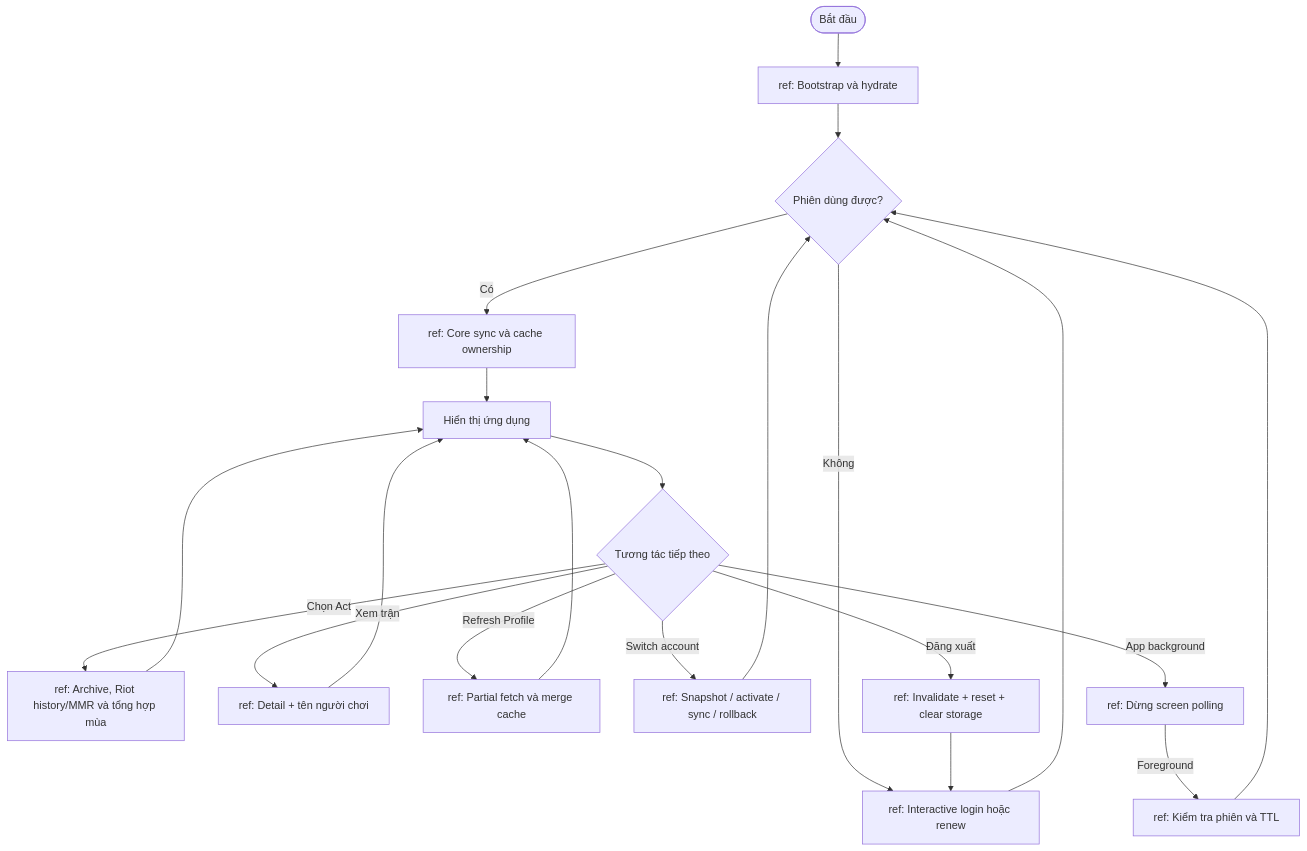
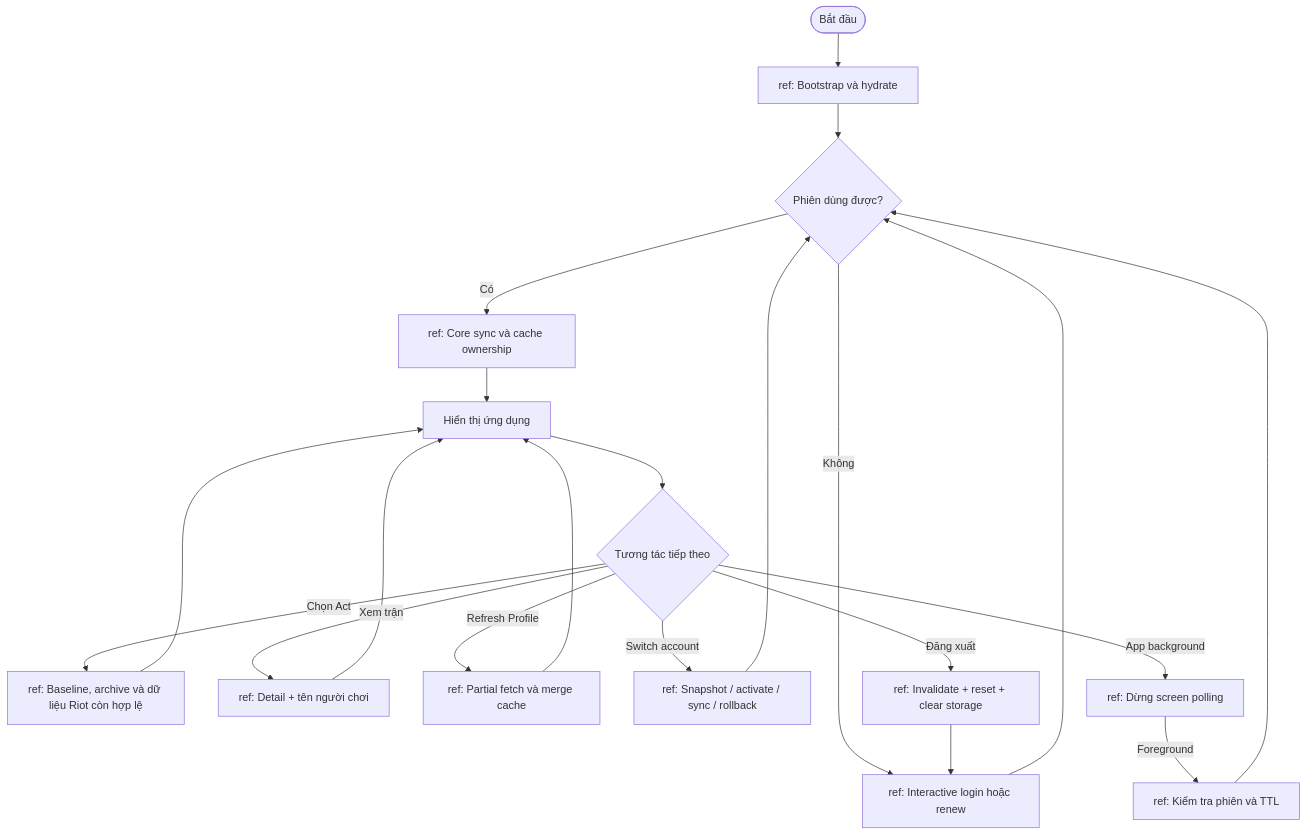
Before and after one commit to GinzaTech/Vshop: the diagram in markdown/16-interaction-overview.md, drawn with Mermaid. The commit also changed other lines of this file and 95 other files, not shown here.

````diff
--- a/markdown/16-interaction-overview.md
+++ b/markdown/16-interaction-overview.md
@@ -6,23 +6,23 @@
 ```mermaid
 flowchart TD
     A([Bắt đầu]) --> B[ref: Bootstrap và hydrate]
     B --> C{Phiên dùng được?}
     C -- Không --> D[ref: Interactive login hoặc renew]
     D --> C
     C -- Có --> E[ref: Core sync và cache ownership]
     E --> F[Hiển thị ứng dụng]
     F --> G{Tương tác tiếp theo}
-    G -- Chọn Act --> H[ref: Archive, Riot history/MMR và tổng hợp mùa]
+    G -- Chọn Act --> H[ref: Baseline, archive và dữ liệu Riot còn hợp lệ]
     G -- Xem trận --> I[ref: Detail + tên người chơi]
     G -- Refresh Profile --> J[ref: Partial fetch và merge cache]
     G -- Switch account --> K[ref: Snapshot / activate / sync / rollback]
     G -- Đăng xuất --> L[ref: Invalidate + reset + clear storage]
     H --> F
     I --> F
     J --> F
     K --> C
     L --> D
     G -- App background --> M[ref: Dừng screen polling]
     M -->|Foreground| N[ref: Kiểm tra phiên và TTL]
     N --> C
 ```
````
